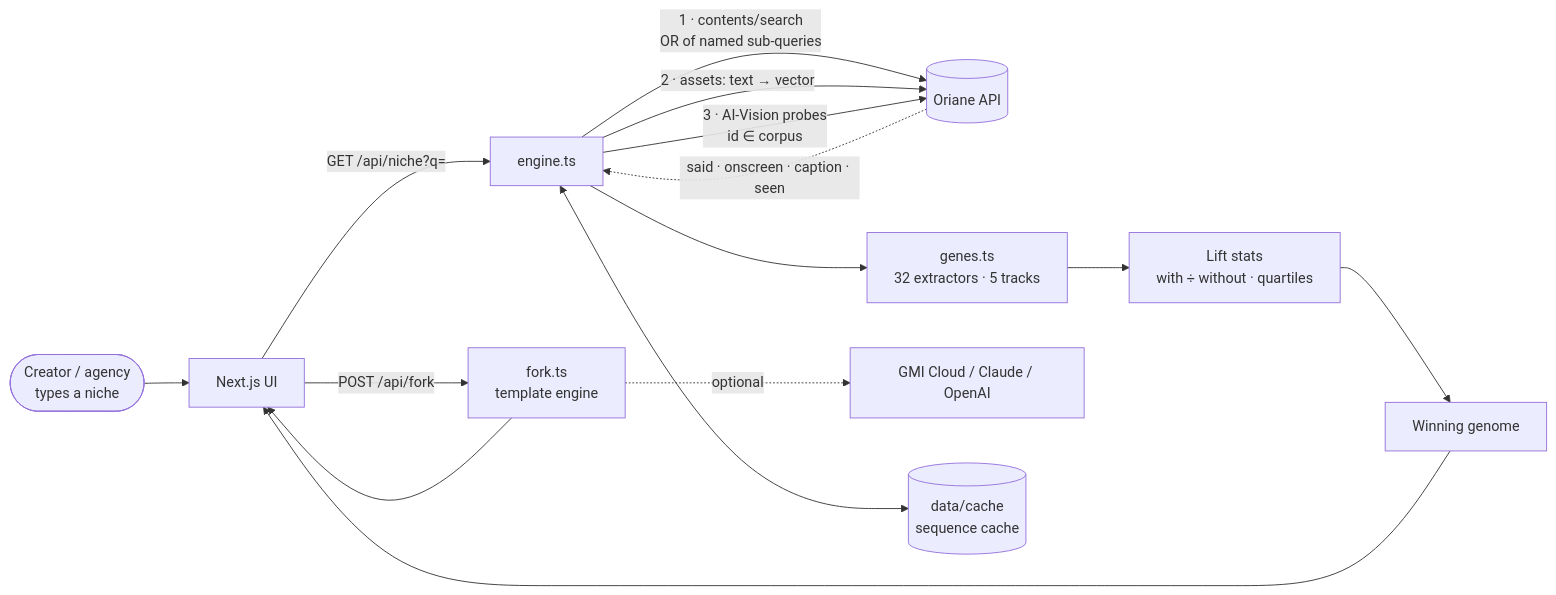
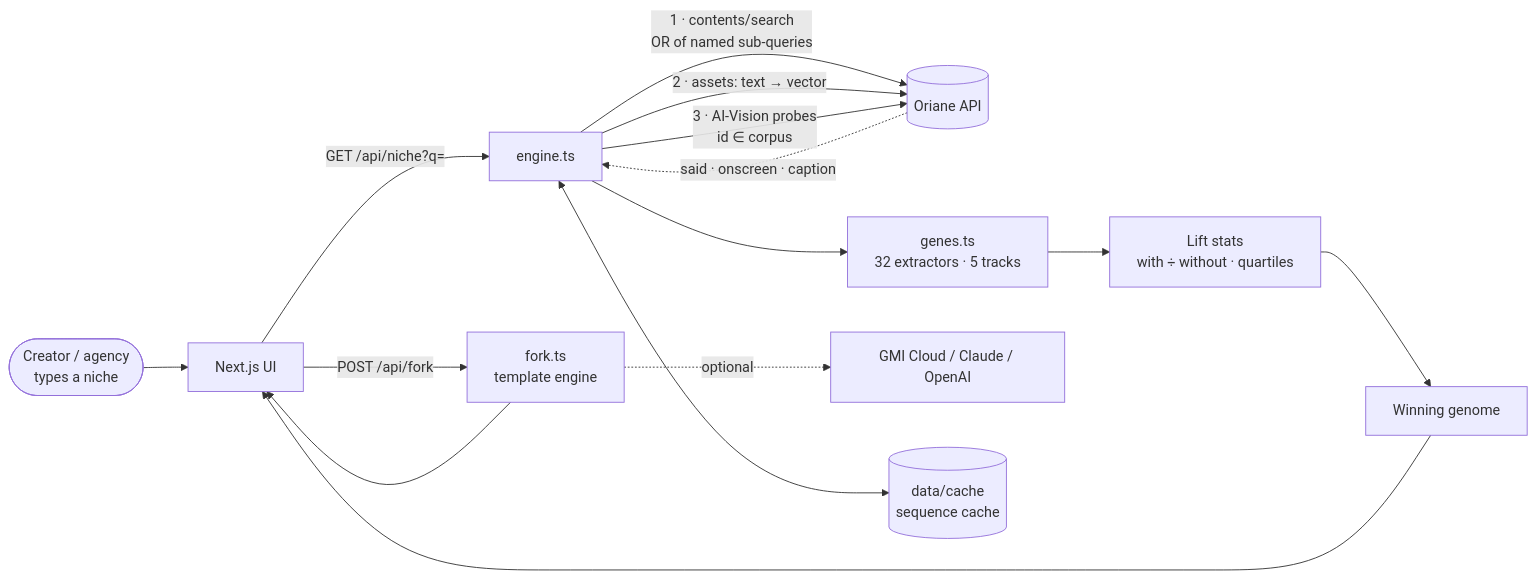
One commit to vnmoorthy/helix changed the diagram in README.md. Above: the diagram before and after it, drawn with Mermaid. The commit also changed other lines of this file and 36 other files, not shown here.

````diff
--- a/README.md
+++ b/README.md
@@ -81,17 +133,17 @@
 ```mermaid
 flowchart LR
     U([Creator / agency<br/>types a niche]) --> UI[Next.js UI]
     UI -->|GET /api/niche?q=| ENG[engine.ts]
     ENG -->|1 · contents/search<br/>OR of named sub-queries| OR[(Oriane API)]
-    OR -. said · onscreen · caption · seen .-> ENG
+    OR -. said · onscreen · caption .-> ENG
     ENG -->|2 · assets: text → vector| OR
     ENG -->|3 · AI-Vision probes<br/>id ∈ corpus| OR
     ENG --> GE[genes.ts<br/>32 extractors · 5 tracks]
     GE --> LS[Lift stats<br/>with ÷ without · quartiles]
     LS --> WG[Winning genome]
     WG --> UI
     UI -->|POST /api/fork| FK[fork.ts<br/>template engine]
     FK -.optional.-> LLM[GMI Cloud / Claude / OpenAI]
     FK --> UI
     ENG <--> C[(data/cache<br/>sequence cache)]
 ```
````
